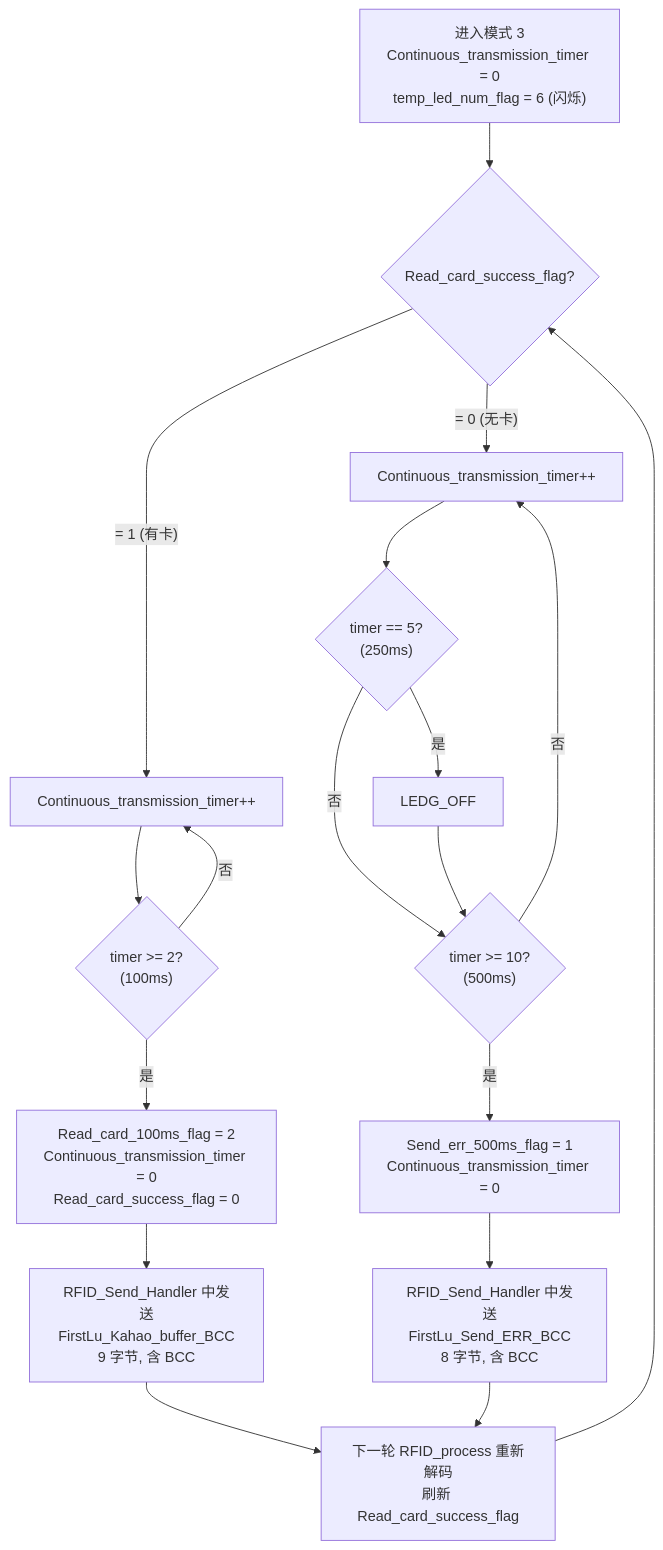
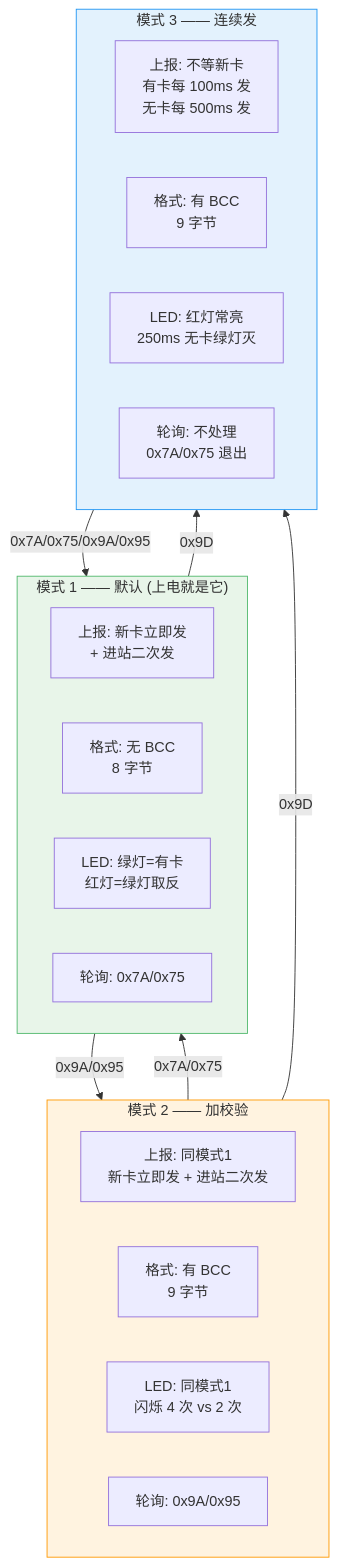
The seventh of 14 diagrams in 工作/SR3读卡器/260802SR3读卡器需求.md (Siaiai/ObsidianNote), drawn with Mermaid before and after one commit. The commit also changed other lines of this file, not shown here.

````diff
--- a/工作/SR3读卡器/260802SR3读卡器需求.md
+++ b/工作/SR3读卡器/260802SR3读卡器需求.md
@@ -621,26 +219,36 @@
 ```mermaid
-flowchart TD
-    Enter3["进入模式 3<br/>Continuous_transmission_timer = 0<br/>temp_led_num_flag = 6 (闪烁)"] --> Loop
+flowchart TB
+    subgraph M1["模式 1 —— 默认 (上电就是它)"]
+        direction LR
+        M1_1["上报: 新卡立即发<br/>+ 进站二次发"]
+        M1_2["格式: 无 BCC<br/>8 字节"]
+        M1_3["LED: 绿灯=有卡<br/>红灯=绿灯取反"]
+        M1_4["轮询: 0x7A/0x75"]
+    end
 
-    Loop{"Read_card_success_flag?"}
+    subgraph M2["模式 2 —— 加校验"]
+        direction LR
+        M2_1["上报: 同模式1<br/>新卡立即发 + 进站二次发"]
+        M2_2["格式: 有 BCC<br/>9 字节"]
+        M2_3["LED: 同模式1<br/>闪烁 4 次 vs 2 次"]
+        M2_4["轮询: 0x9A/0x95"]
+    end
 
-    Loop -->|"= 1 (有卡)"| CardTick["Continuous_transmission_timer++"]
-    CardTick --> CardCheck{"timer >= 2?<br/>(100ms)"}
-    CardCheck -->|否| CardTick
-    CardCheck -->|是| CardSend["Read_card_100ms_flag = 2<br/>Continuous_transmission_timer = 0<br/>Read_card_success_flag = 0"]
+    subgraph M3["模式 3 —— 连续发"]
+        direction LR
+        M3_1["上报: 不等新卡<br/>有卡每 100ms 发<br/>无卡每 500ms 发"]
+        M3_2["格式: 有 BCC<br/>9 字节"]
+        M3_3["LED: 红灯常亮<br/>250ms 无卡绿灯灭"]
+        M3_4["轮询: 不处理<br/>0x7A/0x75 退出"]
+    end
 
-    CardSend --> HandlerCard["RFID_Send_Handler 中发送<br/>FirstLu_Kahao_buffer_BCC<br/>9 字节, 含 BCC"]
+    M1 -->|"0x9A/0x95"| M2
+    M2 -->|"0x7A/0x75"| M1
+    M1 -->|"0x9D"| M3
+    M2 -->|"0x9D"| M3
+    M3 -->|"0x7A/0x75/0x9A/0x95"| M1
 
-    Loop -->|"= 0 (无卡)"| NoTick["Continuous_transmission_timer++"]
-    NoTick --> NoCheck5{"timer == 5?<br/>(250ms)"}
-    NoCheck5 -->|是| LedOff["LEDG_OFF"]
-    NoCheck5 -->|否| NoCheck10
-    LedOff --> NoCheck10{"timer >= 10?<br/>(500ms)"}
-    NoCheck10 -->|否| NoTick
-    NoCheck10 -->|是| NoSend["Send_err_500ms_flag = 1<br/>Continuous_transmission_timer = 0"]
-    NoSend --> HandlerFail["RFID_Send_Handler 中发送<br/>FirstLu_Send_ERR_BCC<br/>8 字节, 含 BCC"]
-
-    HandlerCard --> UpdateRFID["下一轮 RFID_process 重新解码<br/>刷新 Read_card_success_flag"]
-    HandlerFail --> UpdateRFID
-    UpdateRFID --> Loop
+    style M1 fill:#e8f5e9,stroke:#50B86C
+    style M2 fill:#fff3e0,stroke:#FF9800
+    style M3 fill:#e3f2fd,stroke:#2196F3
 ```
````
